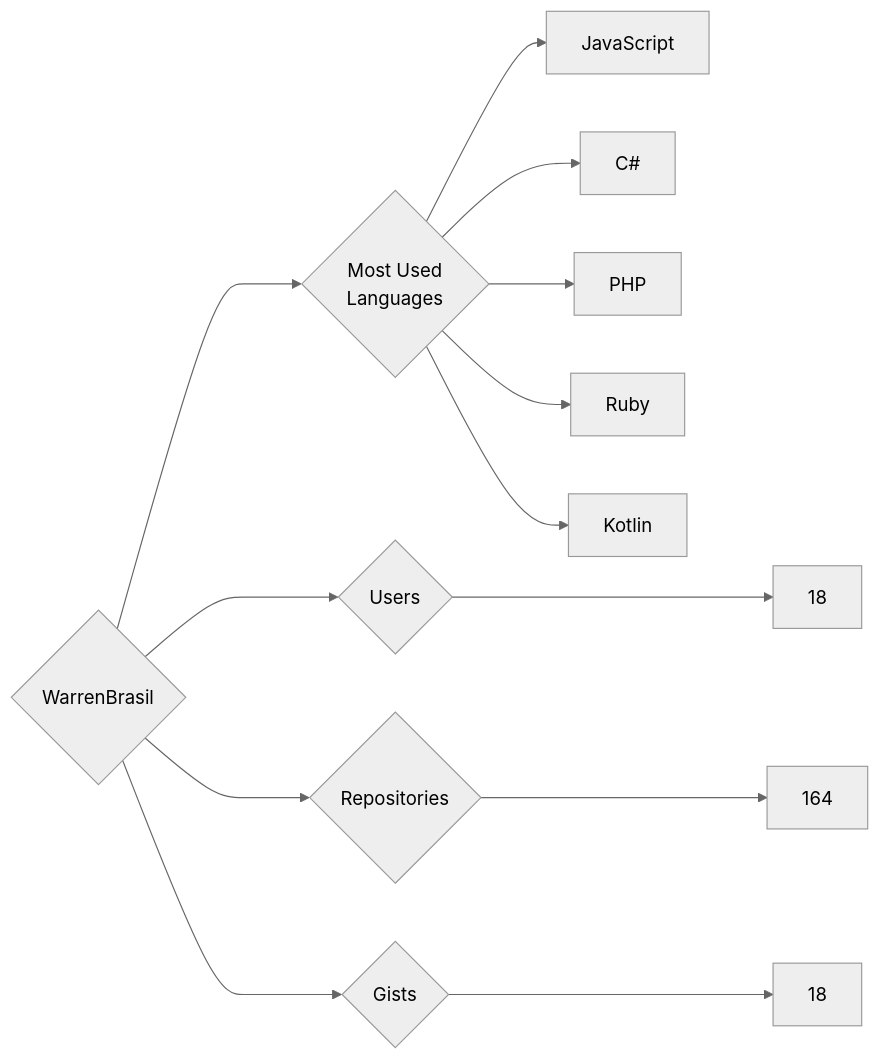
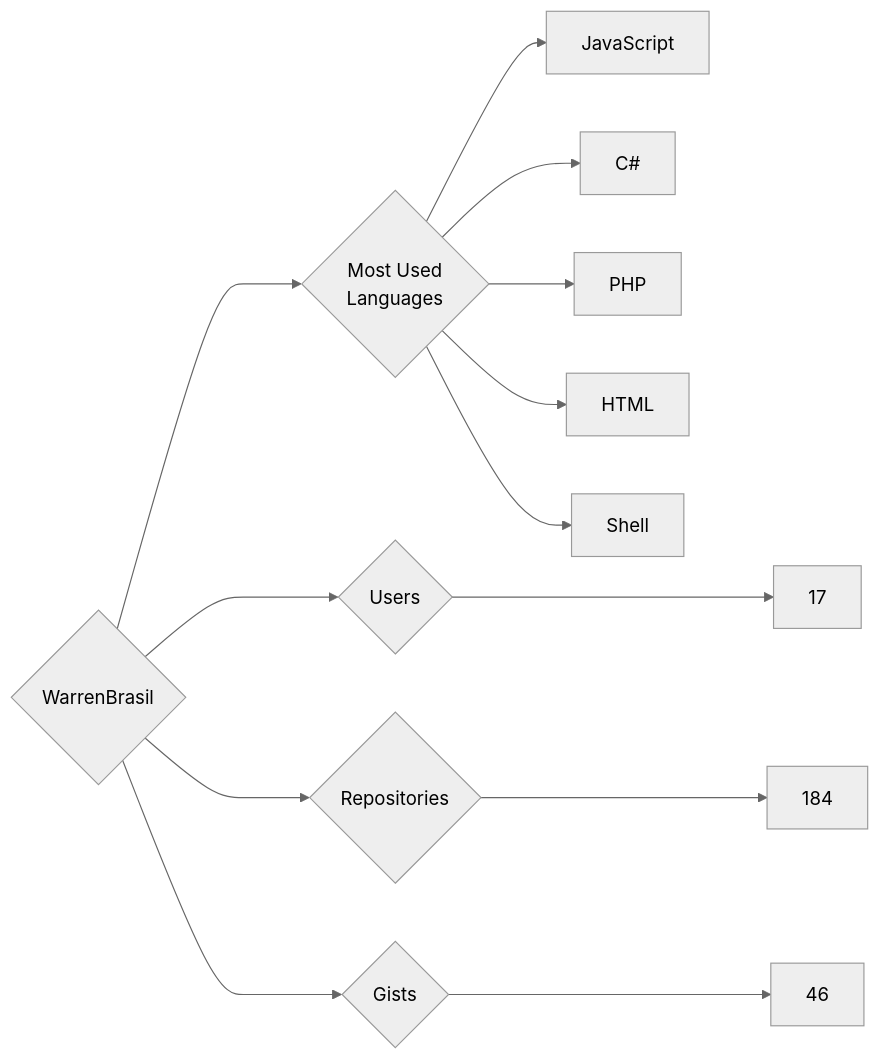
The diagram in targets/WarrenBrasil/README.md (trickest/insiders), drawn with Mermaid (neutral theme) before and after one commit. The commit also changed 1479 other files, not shown here.

````diff
--- a/targets/WarrenBrasil/README.md
+++ b/targets/WarrenBrasil/README.md
@@ -3,13 +3,13 @@
 ```mermaid
 graph LR
 COMPANY_NAME{WarrenBrasil}
-COMPANY_NAME ---> U{Users} ---> UN[18]
-COMPANY_NAME ---> R{Repositories} ---> RN[164]
-COMPANY_NAME ---> G{Gists} ---> GN[18]
+COMPANY_NAME ---> U{Users} ---> UN[17]
+COMPANY_NAME ---> R{Repositories} ---> RN[184]
+COMPANY_NAME ---> G{Gists} ---> GN[46]
 COMPANY_NAME ---> ML{Most Used<br>Languages}
 ML --> JavaScript[JavaScript]
 ML --> C#[C#]
 ML --> PHP[PHP]
-ML --> Ruby[Ruby]
-ML --> Kotlin[Kotlin]
+ML --> HTML[HTML]
+ML --> Shell[Shell]
 ```
````
